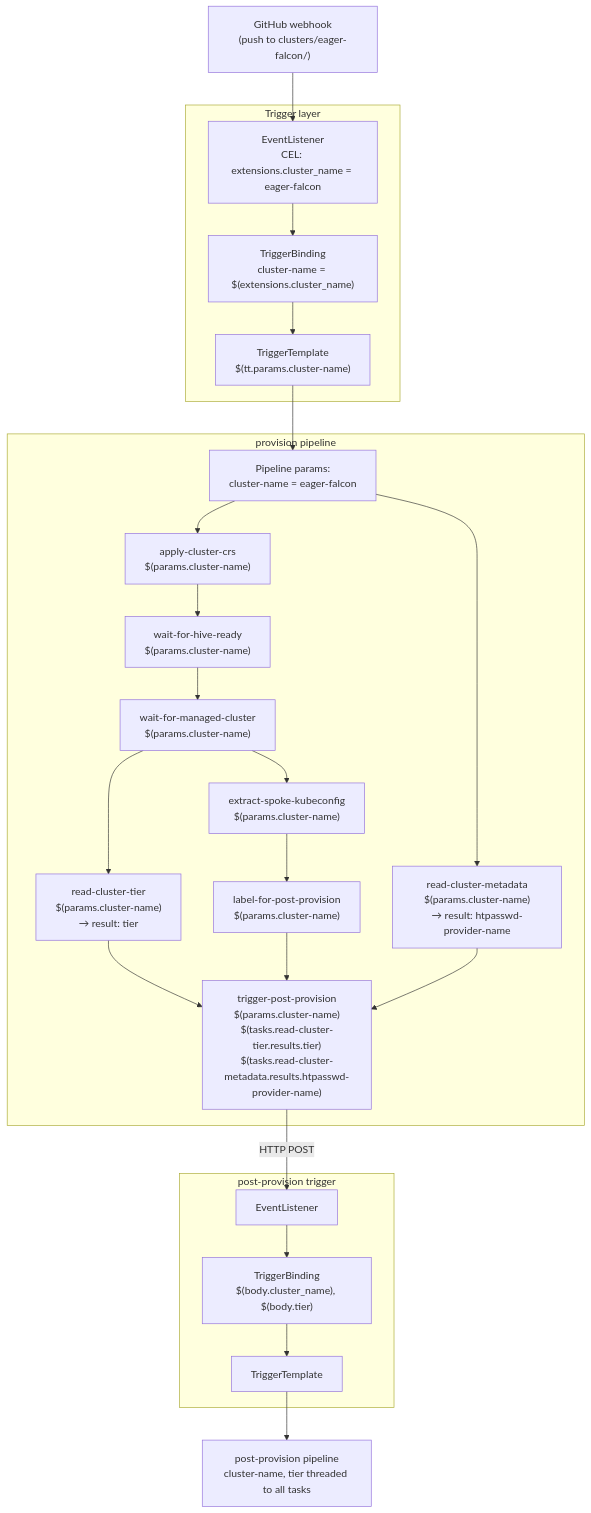
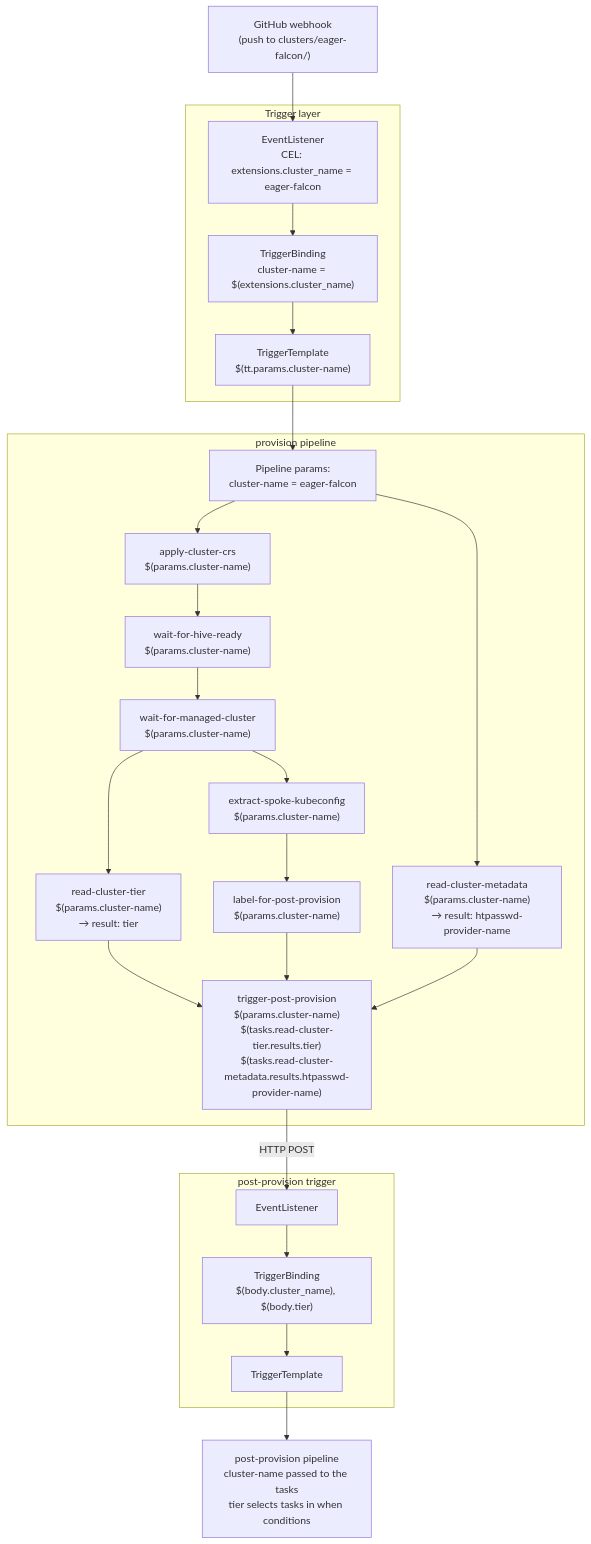
Before and after one commit to redhat-openshift-partner-labs/fleet: the fourth of 4 diagrams in docs/parameter-threading.md, drawn with Mermaid. The commit also changed 6 other files, not shown here.

First line of the commit message:
refactor(post-provision): remove the unused tier parameter from workload tasks

````diff
--- a/docs/parameter-threading.md
+++ b/docs/parameter-threading.md
@@ -236,40 +236,40 @@
 ```mermaid
 flowchart TD
     GH["GitHub webhook<br/>(push to clusters/eager-falcon/)"]
 
     subgraph "Trigger layer"
         EL3["EventListener<br/>CEL: extensions.cluster_name = eager-falcon"]
         TB3["TriggerBinding<br/>cluster-name = $(extensions.cluster_name)"]
         TT3["TriggerTemplate<br/>$(tt.params.cluster-name)"]
     end
 
     subgraph "provision pipeline"
         P3["Pipeline params:<br/>cluster-name = eager-falcon"]
         T_AC["apply-cluster-crs<br/>$(params.cluster-name)"]
         T_WH["wait-for-hive-ready<br/>$(params.cluster-name)"]
         T_WM["wait-for-managed-cluster<br/>$(params.cluster-name)"]
         T_RM["read-cluster-metadata<br/>$(params.cluster-name)<br/>→ result: htpasswd-provider-name"]
         T_RC["read-cluster-tier<br/>$(params.cluster-name)<br/>→ result: tier"]
         T_ES["extract-spoke-kubeconfig<br/>$(params.cluster-name)"]
         T_LP["label-for-post-provision<br/>$(params.cluster-name)"]
         T_TP["trigger-post-provision<br/>$(params.cluster-name)<br/>$(tasks.read-cluster-tier.results.tier)<br/>$(tasks.read-cluster-metadata.results.htpasswd-provider-name)"]
     end
 
     subgraph "post-provision trigger"
         EL4["EventListener"]
         TB4["TriggerBinding<br/>$(body.cluster_name), $(body.tier)"]
         TT4["TriggerTemplate"]
     end
 
-    PP4["post-provision pipeline<br/>cluster-name, tier threaded to all tasks"]
+    PP4["post-provision pipeline<br/>cluster-name passed to the tasks<br/>tier selects tasks in when conditions"]
 
     GH --> EL3 --> TB3 --> TT3 --> P3
     P3 --> T_AC --> T_WH --> T_WM
     P3 --> T_RM
     T_WM --> T_RC
     T_WM --> T_ES --> T_LP
     T_RC --> T_TP
     T_RM --> T_TP
     T_LP --> T_TP
     T_TP -->|"HTTP POST"| EL4 --> TB4 --> TT4 --> PP4
 ```
````
